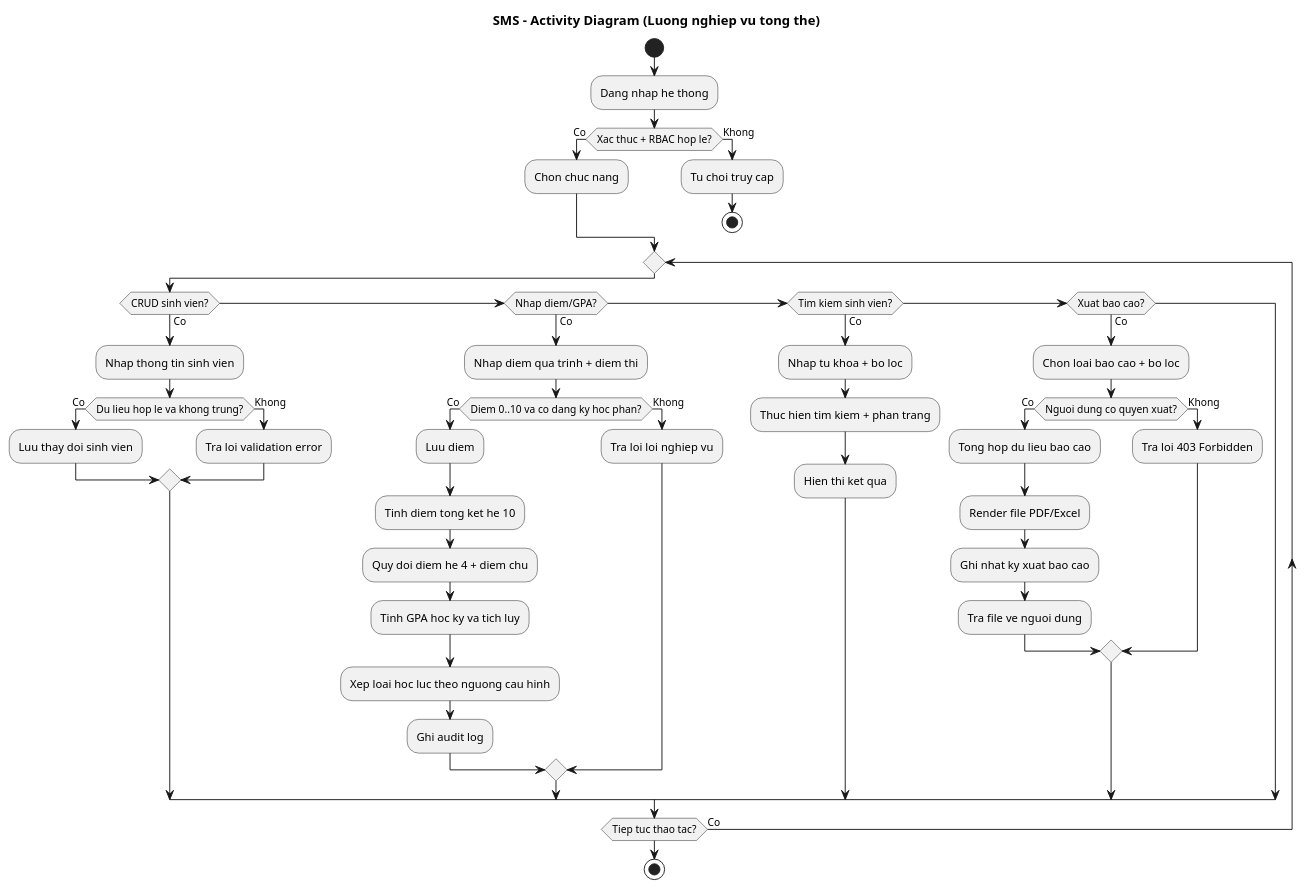
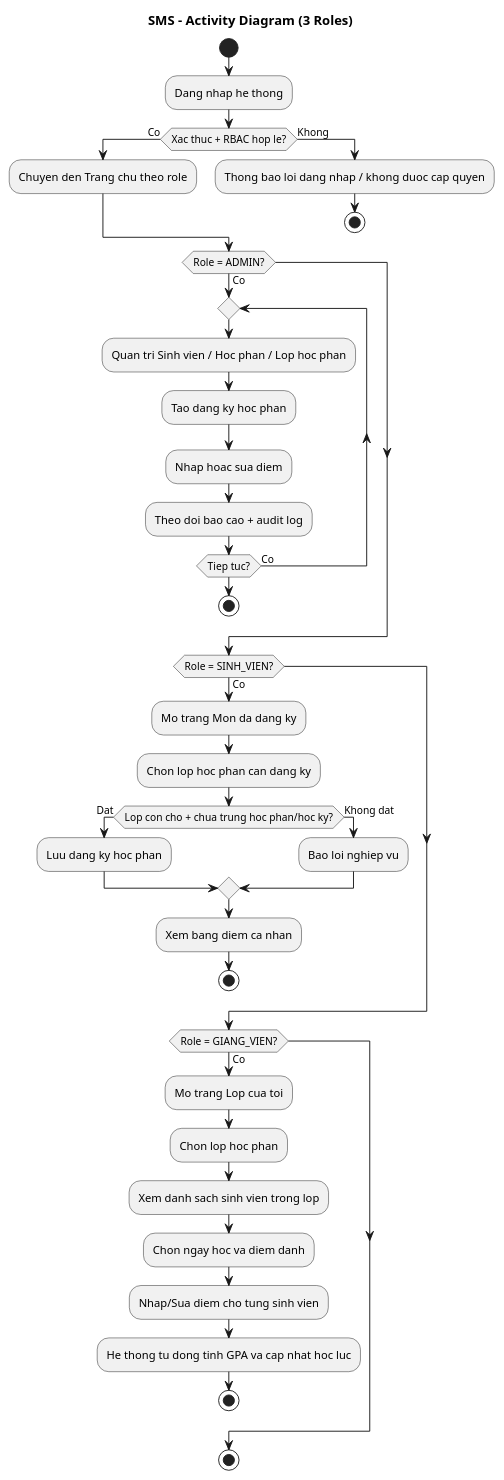
Before and after one commit to lvdhuy05/Student-Management-System-: the diagram in prod/uml/activity-diagram.puml, drawn with PlantUML. The commit also changed 33 other files, not shown here.

```diff
--- a/prod/uml/activity-diagram.puml
+++ b/prod/uml/activity-diagram.puml
@@ -1,56 +1,47 @@
 @startuml
-title SMS - Activity Diagram (Luong nghiep vu tong the)
+title SMS - Activity Diagram (3 Roles)
 
 start
 
 :Dang nhap he thong;
 if (Xac thuc + RBAC hop le?) then (Co)
-  :Chon chuc nang;
+  :Chuyen den Trang chu theo role;
 else (Khong)
-  :Tu choi truy cap;
+  :Thong bao loi dang nhap / khong duoc cap quyen;
   stop
 endif
 
-repeat
-  if (CRUD sinh vien?) then (Co)
-    :Nhap thong tin sinh vien;
-    if (Du lieu hop le va khong trung?) then (Co)
-      :Luu thay doi sinh vien;
-    else (Khong)
-      :Tra loi validation error;
-    endif
+if (Role = ADMIN?) then (Co)
+  repeat
+    :Quan tri Sinh vien / Hoc phan / Lop hoc phan;
+    :Tao dang ky hoc phan;
+    :Nhap hoac sua diem;
+    :Theo doi bao cao + audit log;
+  repeat while (Tiep tuc?) is (Co)
+  stop
+endif
 
-  elseif (Nhap diem/GPA?) then (Co)
-    :Nhap diem qua trinh + diem thi;
-    if (Diem 0..10 va co dang ky hoc phan?) then (Co)
-      :Luu diem;
-      :Tinh diem tong ket he 10;
-      :Quy doi diem he 4 + diem chu;
-      :Tinh GPA hoc ky va tich luy;
-      :Xep loai hoc luc theo nguong cau hinh;
-      :Ghi audit log;
-    else (Khong)
-      :Tra loi loi nghiep vu;
-    endif
+if (Role = SINH_VIEN?) then (Co)
+  :Mo trang Mon da dang ky;
+  :Chon lop hoc phan can dang ky;
+  if (Lop con cho + chua trung hoc phan/hoc ky?) then (Dat)
+    :Luu dang ky hoc phan;
+  else (Khong dat)
+    :Bao loi nghiep vu;
+  endif
+  :Xem bang diem ca nhan;
+  stop
+endif
 
-  elseif (Tim kiem sinh vien?) then (Co)
-    :Nhap tu khoa + bo loc;
-    :Thuc hien tim kiem + phan trang;
-    :Hien thi ket qua;
-
-  elseif (Xuat bao cao?) then (Co)
-    :Chon loai bao cao + bo loc;
-    if (Nguoi dung co quyen xuat?) then (Co)
-      :Tong hop du lieu bao cao;
-      :Render file PDF/Excel;
-      :Ghi nhat ky xuat bao cao;
-      :Tra file ve nguoi dung;
-    else (Khong)
-      :Tra loi 403 Forbidden;
-    endif
-  endif
-
-repeat while (Tiep tuc thao tac?) is (Co)
+if (Role = GIANG_VIEN?) then (Co)
+  :Mo trang Lop cua toi;
+  :Chon lop hoc phan;
+  :Xem danh sach sinh vien trong lop;
+  :Chon ngay hoc va diem danh;
+  :Nhap/Sua diem cho tung sinh vien;
+  :He thong tu dong tinh GPA va cap nhat hoc luc;
+  stop
+endif
 
 stop
 @enduml
```
